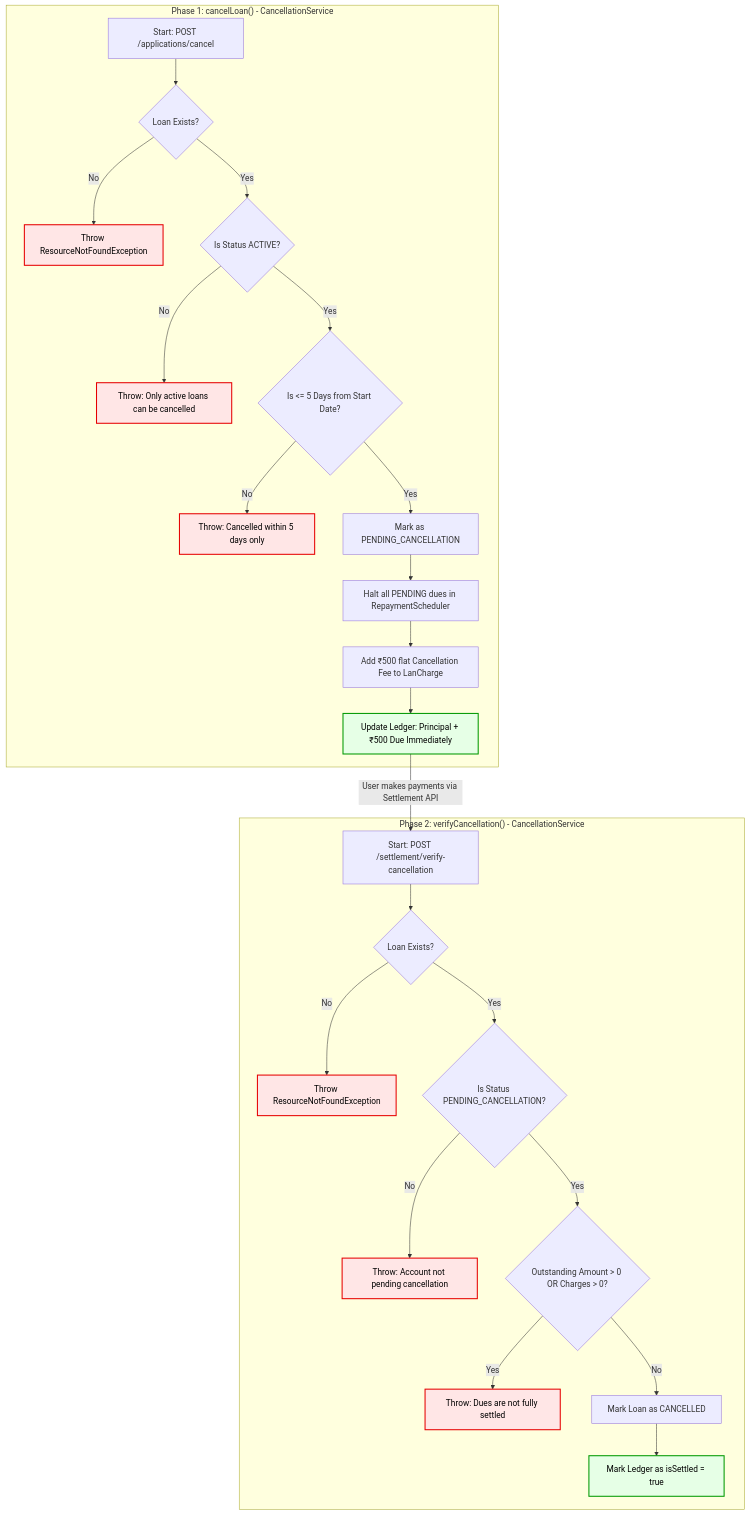
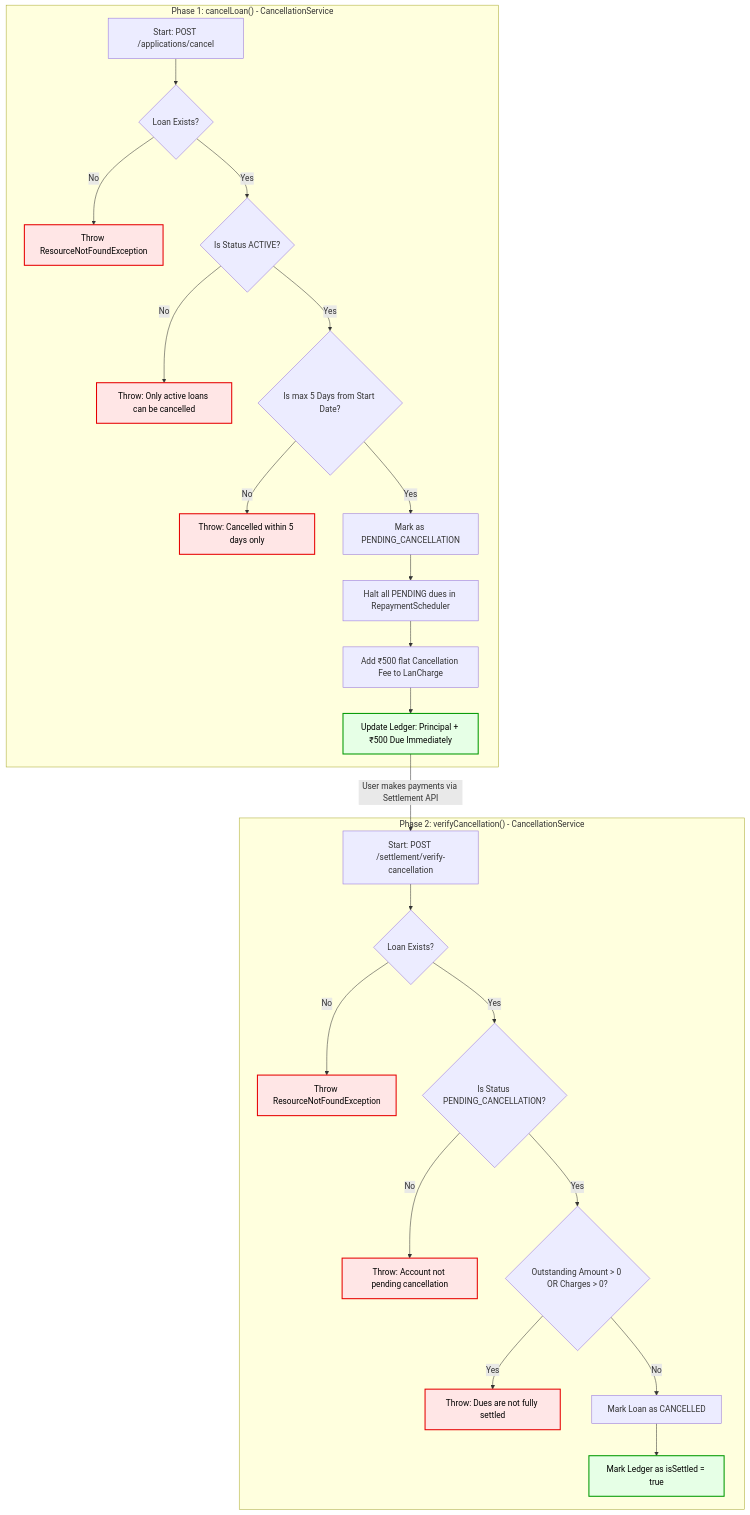
Before and after one commit to rohangupta513/LMS: the fifth of 8 diagrams in architecture_diagrams.md, drawn with Mermaid. The commit also changed other lines of this file, not shown here.

Commit message:
Fix mermaid syntax rendering issues in architecture diagrams

````diff
--- a/architecture_diagrams.md
+++ b/architecture_diagrams.md
@@ -183,42 +183,42 @@
 ```mermaid
 flowchart TD
     %% Step 1: Initiate Cancellation
     subgraph "Phase 1: cancelLoan() - CancellationService"
-        A[Start: POST /applications/cancel] --> B{Loan Exists?}
-        B -- No --> B_Err[Throw ResourceNotFoundException]
-        B -- Yes --> C{Is Status ACTIVE?}
-        C -- No --> C_Err[Throw: Only active loans can be cancelled]
-        C -- Yes --> D{Is <= 5 Days from Start Date?}
-        D -- No --> D_Err[Throw: Cancelled within 5 days only]
-        D -- Yes --> E[Mark as PENDING_CANCELLATION]
+        A["Start: POST /applications/cancel"] --> B{"Loan Exists?"}
+        B -- No --> B_Err["Throw ResourceNotFoundException"]
+        B -- Yes --> C{"Is Status ACTIVE?"}
+        C -- No --> C_Err["Throw: Only active loans can be cancelled"]
+        C -- Yes --> D{"Is max 5 Days from Start Date?"}
+        D -- No --> D_Err["Throw: Cancelled within 5 days only"]
+        D -- Yes --> E["Mark as PENDING_CANCELLATION"]
         
-        E --> F[Halt all PENDING dues in RepaymentScheduler]
-        F --> G[Add ₹500 flat Cancellation Fee to LanCharge]
-        G --> H[Update Ledger: Principal + ₹500 Due Immediately]
+        E --> F["Halt all PENDING dues in RepaymentScheduler"]
+        F --> G["Add ₹500 flat Cancellation Fee to LanCharge"]
+        G --> H["Update Ledger: Principal + ₹500 Due Immediately"]
     end
 
     %% Transition
     H -->|User makes payments via Settlement API| I
 
     %% Step 2: Verify Cancellation
     subgraph "Phase 2: verifyCancellation() - CancellationService"
-        I[Start: POST /settlement/verify-cancellation] --> J{Loan Exists?}
-        J -- No --> J_Err[Throw ResourceNotFoundException]
-        J -- Yes --> K{Is Status PENDING_CANCELLATION?}
-        K -- No --> K_Err[Throw: Account not pending cancellation]
-        K -- Yes --> L{Outstanding Amount > 0 OR Charges > 0?}
-        L -- Yes --> L_Err[Throw: Dues are not fully settled]
-        L -- No --> N[Mark Loan as CANCELLED]
-        N --> O[Mark Ledger as isSettled = true]
+        I["Start: POST /settlement/verify-cancellation"] --> J{"Loan Exists?"}
+        J -- No --> J_Err["Throw ResourceNotFoundException"]
+        J -- Yes --> K{"Is Status PENDING_CANCELLATION?"}
+        K -- No --> K_Err["Throw: Account not pending cancellation"]
+        K -- Yes --> L{"Outstanding Amount > 0 OR Charges > 0?"}
+        L -- Yes --> L_Err["Throw: Dues are not fully settled"]
+        L -- No --> N["Mark Loan as CANCELLED"]
+        N --> O["Mark Ledger as isSettled = true"]
     end
     
     style B_Err fill:#ffe6e6,stroke:#e60000,stroke-width:2px,color:#000000
     style C_Err fill:#ffe6e6,stroke:#e60000,stroke-width:2px,color:#000000
     style D_Err fill:#ffe6e6,stroke:#e60000,stroke-width:2px,color:#000000
     style J_Err fill:#ffe6e6,stroke:#e60000,stroke-width:2px,color:#000000
     style K_Err fill:#ffe6e6,stroke:#e60000,stroke-width:2px,color:#000000
     style L_Err fill:#ffe6e6,stroke:#e60000,stroke-width:2px,color:#000000
     
     style H fill:#e6ffe6,stroke:#009900,stroke-width:2px,color:#000000
     style O fill:#e6ffe6,stroke:#009900,stroke-width:2px,color:#000000
 ```
````
